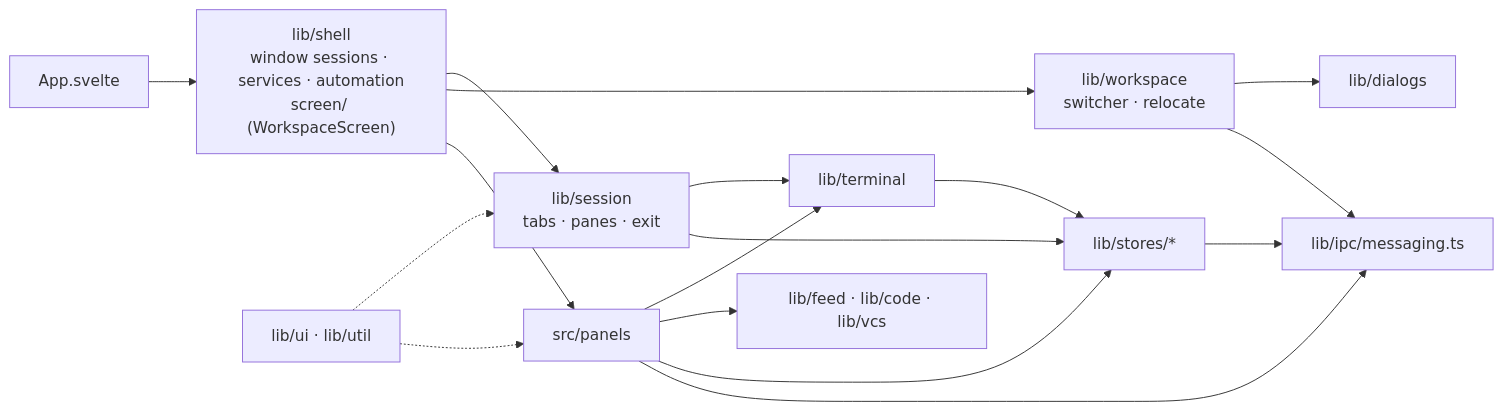
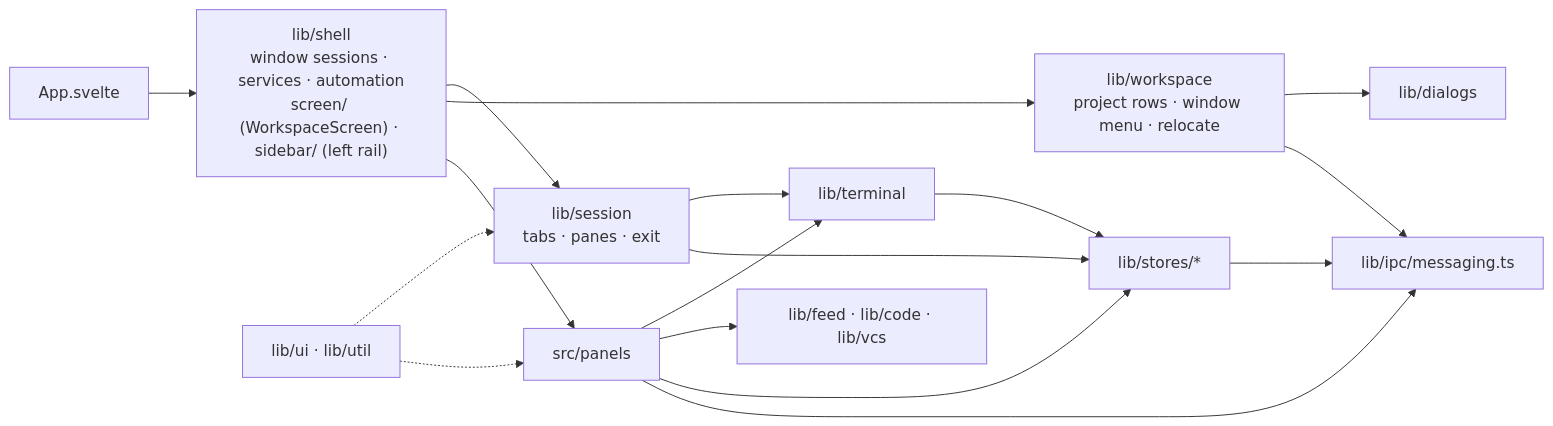
Before and after one commit to avi12/pade: the eighth of 10 diagrams in ARCHITECTURE.md, drawn with Mermaid. The commit also changed other lines of this file and 1 other file, not shown here.

Commit message:
docs: describe the left rail as the one place for projects

````diff
--- a/ARCHITECTURE.md
+++ b/ARCHITECTURE.md
@@ -384,19 +384,19 @@
 ```mermaid
 flowchart LR
-  App["App.svelte"] --> Shell["lib/shell<br/>window sessions · services · automation<br/>screen/ (WorkspaceScreen)"]
+  App["App.svelte"] --> Shell["lib/shell<br/>window sessions · services · automation<br/>screen/ (WorkspaceScreen) · sidebar/ (left rail)"]
   Shell --> Session["lib/session<br/>tabs · panes · exit"]
-  Shell --> Workspace["lib/workspace<br/>switcher · relocate"]
+  Shell --> Workspace["lib/workspace<br/>project rows · window menu · relocate"]
   Shell --> Panels["src/panels"]
   Session --> Terminal["lib/terminal"]
   Panels --> Terminal
   Panels --> Feed["lib/feed · lib/code · lib/vcs"]
   Workspace --> Dialogs["lib/dialogs"]
   Session --> Stores["lib/stores/*"]
   Panels --> Stores
   Terminal --> Stores
   Stores --> Bridge["lib/ipc/messaging.ts"]
   Panels --> Bridge
   Workspace --> Bridge
   UI["lib/ui · lib/util"] -.-> Session
   UI -.-> Panels
 ```
````
